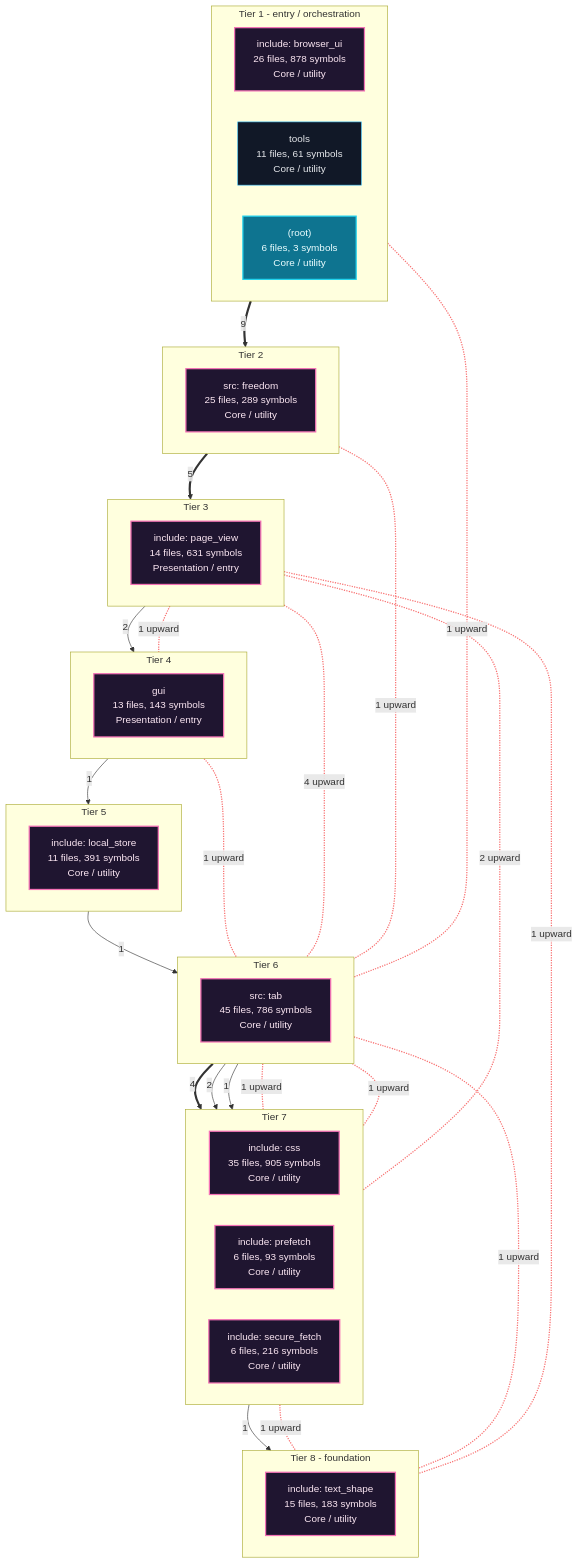
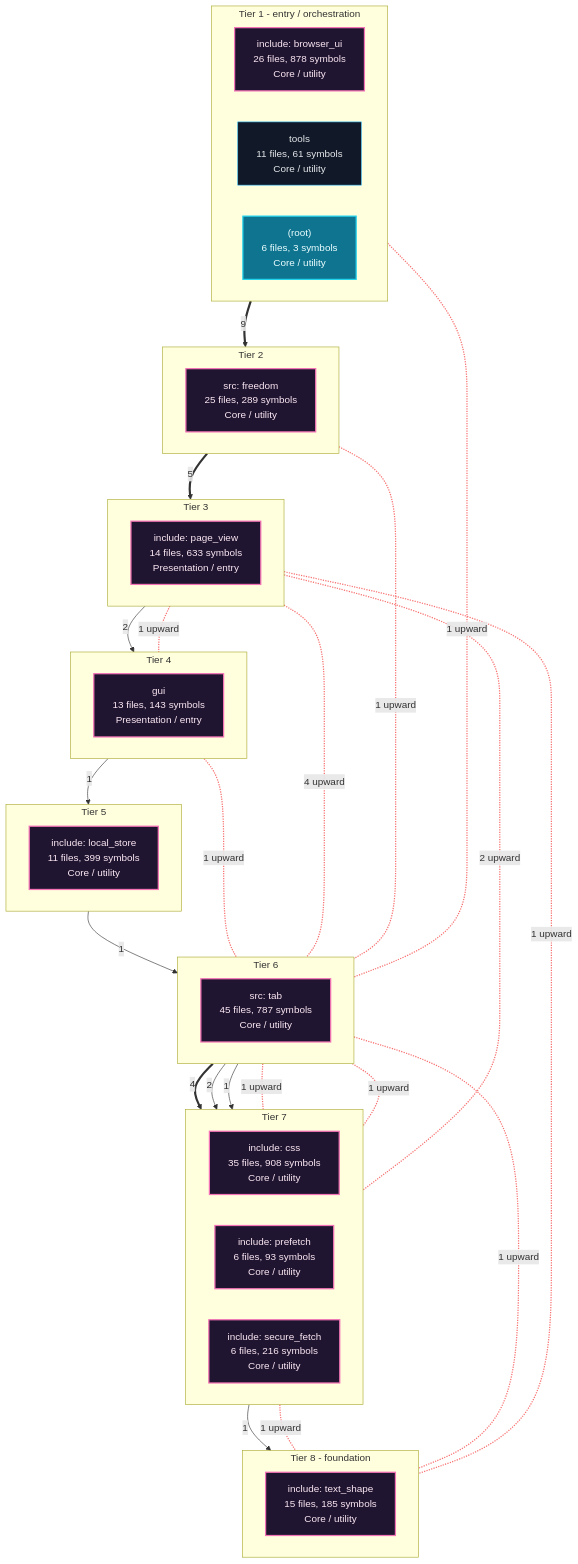
The first of 7 diagrams in readmenator-apidocs/architecture.md (grisuno/FreeDom), drawn with Mermaid before and after one commit. The commit also changed other lines of this file and 1516 other files, not shown here.

````diff
--- a/readmenator-apidocs/architecture.md
+++ b/readmenator-apidocs/architecture.md
@@ -11,70 +11,70 @@
 ```mermaid
 flowchart TB
     classDef cycle fill:#1f1530,stroke:#f472b6,color:#fce7f3,stroke-width:2px;
     classDef default fill:#111827,stroke:#38bdf8,color:#e5e7eb;
     classDef entry fill:#0e7490,stroke:#22d3ee,color:#ecfeff,stroke-width:2px;
     subgraph lane_0["Tier 1 - entry / orchestration"]
         direction LR
         n_c2["include: browser_ui<br/>26 files, 878 symbols<br/>Core / utility"]:::cycle
         n_d_tools["tools<br/>11 files, 61 symbols<br/>Core / utility"]:::default
         n_d__root_["(root)<br/>6 files, 3 symbols<br/>Core / utility"]:::entry
     end
     subgraph lane_1["Tier 2"]
         direction LR
         n_c3["src: freedom<br/>25 files, 289 symbols<br/>Core / utility"]:::cycle
     end
     subgraph lane_2["Tier 3"]
         direction LR
-        n_c4["include: page_view<br/>14 files, 631 symbols<br/>Presentation / entry"]:::cycle
+        n_c4["include: page_view<br/>14 files, 633 symbols<br/>Presentation / entry"]:::cycle
     end
     subgraph lane_3["Tier 4"]
         direction LR
         n_c7["gui<br/>13 files, 143 symbols<br/>Presentation / entry"]:::cycle
     end
     subgraph lane_4["Tier 5"]
         direction LR
-        n_c6["include: local_store<br/>11 files, 391 symbols<br/>Core / utility"]:::cycle
+        n_c6["include: local_store<br/>11 files, 399 symbols<br/>Core / utility"]:::cycle
     end
     subgraph lane_5["Tier 6"]
         direction LR
-        n_c0["src: tab<br/>45 files, 786 symbols<br/>Core / utility"]:::cycle
+        n_c0["src: tab<br/>45 files, 787 symbols<br/>Core / utility"]:::cycle
     end
     subgraph lane_6["Tier 7"]
         direction LR
-        n_c1["include: css<br/>35 files, 905 symbols<br/>Core / utility"]:::cycle
+        n_c1["include: css<br/>35 files, 908 symbols<br/>Core / utility"]:::cycle
         n_c9["include: prefetch<br/>6 files, 93 symbols<br/>Core / utility"]:::cycle
         n_c8["include: secure_fetch<br/>6 files, 216 symbols<br/>Core / utility"]:::cycle
     end
     subgraph lane_7["Tier 8 - foundation"]
         direction LR
-        n_c5["include: text_shape<br/>15 files, 183 symbols<br/>Core / utility"]:::cycle
+        n_c5["include: text_shape<br/>15 files, 185 symbols<br/>Core / utility"]:::cycle
     end
     n_c0 ==>|"4"| n_c1
     n_c0 -->|"2"| n_c8
     n_c0 -->|"1"| n_c9
     n_c1 -->|"1"| n_c5
     n_c2 ==>|"9"| n_c3
     n_c3 ==>|"5"| n_c4
     n_c4 -->|"2"| n_c7
     n_c6 -->|"1"| n_c0
     n_c7 -->|"1"| n_c6
     n_c2 <-.-|"1 upward"| n_c0
     n_c3 <-.-|"1 upward"| n_c0
     n_c4 <-.-|"4 upward"| n_c0
     n_c7 <-.-|"1 upward"| n_c0
     n_c4 <-.-|"2 upward"| n_c1
     n_c0 <-.-|"1 upward"| n_c5
     n_c1 <-.-|"1 upward"| n_c5
     n_c4 <-.-|"1 upward"| n_c5
     n_c4 <-.-|"1 upward"| n_c7
     n_c0 <-.-|"1 upward"| n_c8
     n_c0 <-.-|"1 upward"| n_c9
     linkStyle 9,10,11,12,13,14,15,16,17,18,19 stroke:#f87171,stroke-width:2px;
     n_c2 ~~~ n_c3
     n_c3 ~~~ n_c4
     n_c4 ~~~ n_c7
     n_c7 ~~~ n_c6
     n_c6 ~~~ n_c0
     n_c0 ~~~ n_c1
     n_c1 ~~~ n_c5
 ```
````
